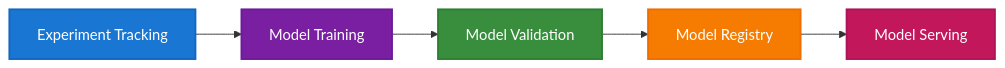
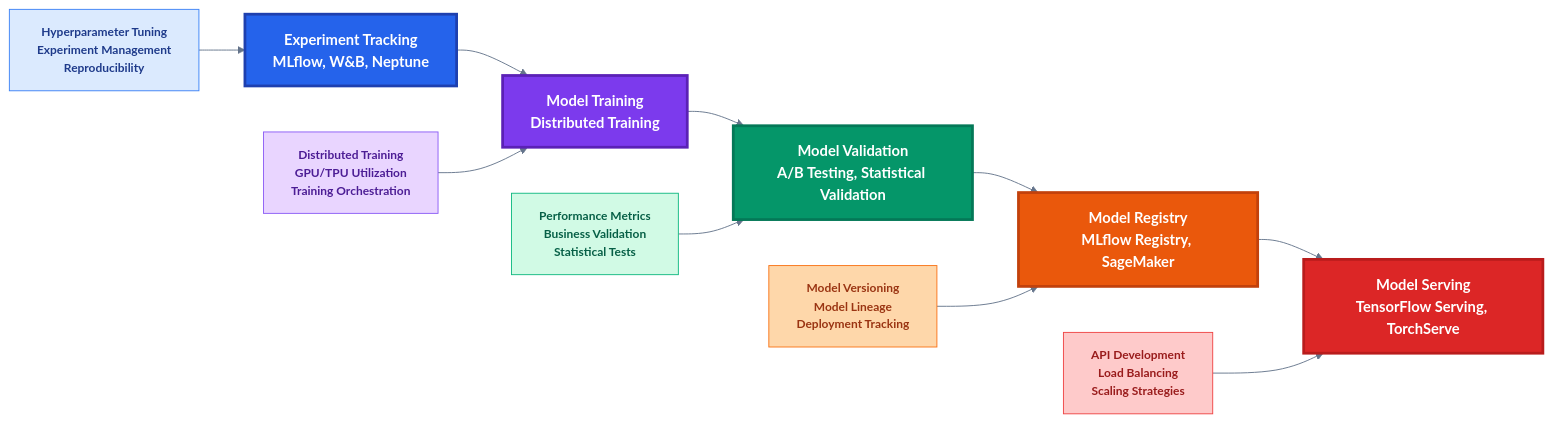
Before and after one commit to khaosans/articles: the third of 6 diagrams in guides/implementation/mlops-architecture.md, drawn with Mermaid. The commit also changed other lines of this file and 91 other files, not shown here.

````diff
--- a/guides/implementation/mlops-architecture.md
+++ b/guides/implementation/mlops-architecture.md
@@ -68,13 +160,26 @@
 ```mermaid
+%%{init: {'theme': 'base', 'themeVariables': { 'fontSize': '13px', 'fontFamily': 'Segoe UI, Arial, sans-serif', 'primaryColor': '#2563eb', 'primaryTextColor': '#ffffff', 'primaryBorderColor': '#1e40af', 'lineColor': '#64748b', 'secondaryColor': '#7c3aed', 'tertiaryColor': '#059669'}}}%%
 flowchart LR
-    A[Experiment Tracking] --> B[Model Training]
-    B --> C[Model Validation]
-    C --> D[Model Registry]
-    D --> E[Model Serving]
+    A["Experiment Tracking<br/>MLflow, W&B, Neptune"] --> B["Model Training<br/>Distributed Training"]
+    B --> C["Model Validation<br/>A/B Testing, Statistical Validation"]
+    C --> D["Model Registry<br/>MLflow Registry, SageMaker"]
+    D --> E["Model Serving<br/>TensorFlow Serving, TorchServe"]
     
-    style A fill:#1976d2,stroke:#1565c0,stroke-width:2px,color:#ffffff
-    style B fill:#7b1fa2,stroke:#6a1b9a,stroke-width:2px,color:#ffffff
-    style C fill:#388e3c,stroke:#2e7d32,stroke-width:2px,color:#ffffff
-    style D fill:#f57c00,stroke:#ef6c00,stroke-width:2px,color:#ffffff
-    style E fill:#c2185b,stroke:#ad1457,stroke-width:2px,color:#ffffff
+    A1["Hyperparameter Tuning<br/>Experiment Management<br/>Reproducibility"] --> A
+    B1["Distributed Training<br/>GPU/TPU Utilization<br/>Training Orchestration"] --> B
+    C1["Performance Metrics<br/>Business Validation<br/>Statistical Tests"] --> C
+    D1["Model Versioning<br/>Model Lineage<br/>Deployment Tracking"] --> D
+    E1["API Development<br/>Load Balancing<br/>Scaling Strategies"] --> E
+    
+    style A fill:#2563eb,stroke:#1e40af,stroke-width:3px,color:#ffffff,font-weight:bold,font-size:16px
+    style B fill:#7c3aed,stroke:#5b21b6,stroke-width:3px,color:#ffffff,font-weight:bold,font-size:16px
+    style C fill:#059669,stroke:#047857,stroke-width:3px,color:#ffffff,font-weight:bold,font-size:16px
+    style D fill:#ea580c,stroke:#c2410c,stroke-width:3px,color:#ffffff,font-weight:bold,font-size:16px
+    style E fill:#dc2626,stroke:#b91c1c,stroke-width:3px,color:#ffffff,font-weight:bold,font-size:16px
+    
+    style A1 fill:#dbeafe,stroke:#3b82f6,stroke-width:1px,color:#1e3a8a,font-weight:bold
+    style B1 fill:#e9d5ff,stroke:#8b5cf6,stroke-width:1px,color:#4c1d95,font-weight:bold
+    style C1 fill:#d1fae5,stroke:#10b981,stroke-width:1px,color:#065f46,font-weight:bold
+    style D1 fill:#fed7aa,stroke:#f97316,stroke-width:1px,color:#9a3412,font-weight:bold
+    style E1 fill:#fecaca,stroke:#ef4444,stroke-width:1px,color:#991b1b,font-weight:bold
 ```
````
